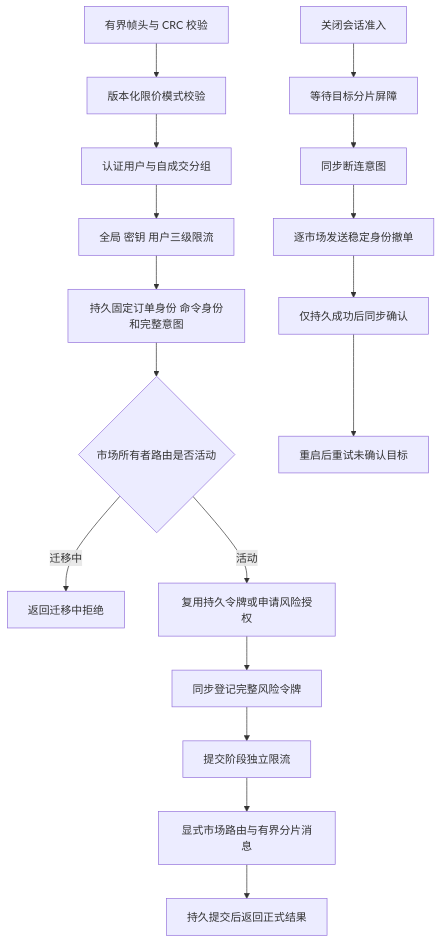
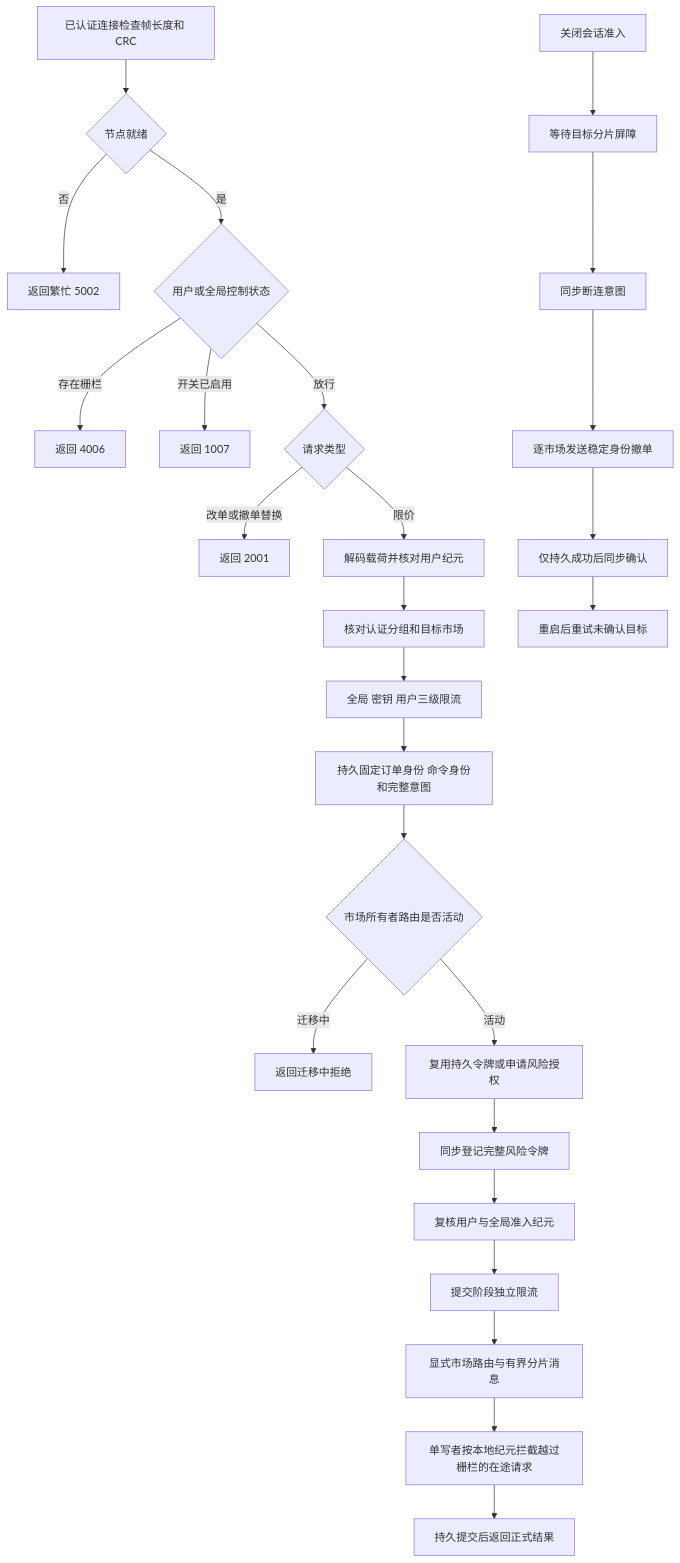
The diagram in docs/gateway.md (YANSHAO0032/tide-matching-engine), drawn with Mermaid before and after one commit. The commit also changed other lines of this file and 65 other files, not shown here.

````diff
--- a/docs/gateway.md
+++ b/docs/gateway.md
@@ -5,19 +5,28 @@
 ```mermaid
 flowchart TD
-    A[有界帧头与 CRC 校验] --> B[版本化限价模式校验]
-    B --> C[认证用户与自成交分组]
+    A[已认证连接检查帧长度和 CRC] --> A1{节点就绪}
+    A1 -->|否| A2[返回繁忙 5002]
+    A1 -->|是| P{用户或全局控制状态}
+    P -->|存在栅栏| Z[返回 4006]
+    P -->|开关已启用| Z1[返回 1007]
+    P -->|放行| T{请求类型}
+    T -->|改单或撤单替换| Z2[返回 2001]
+    T -->|限价| B[解码载荷并核对用户纪元]
+    B --> C[核对认证分组和目标市场]
     C --> F[全局 密钥 用户三级限流]
     F --> D[持久固定订单身份 命令身份和完整意图]
     D --> R{市场所有者路由是否活动}
     R -->|迁移中| X[返回迁移中拒绝]
     R -->|活动| E[复用持久令牌或申请风险授权]
     E --> E1[同步登记完整风险令牌]
-    E1 --> F2[提交阶段独立限流]
+    E1 --> P2[复核用户与全局准入纪元]
+    P2 --> F2[提交阶段独立限流]
     F2 --> G[显式市场路由与有界分片消息]
-    G --> H[持久提交后返回正式结果]
+    G --> Q[单写者按本地纪元拦截越过栅栏的在途请求]
+    Q --> H[持久提交后返回正式结果]
     I[关闭会话准入] --> J[等待目标分片屏障]
     J --> K[同步断连意图]
     K --> L[逐市场发送稳定身份撤单]
     L --> M[仅持久成功后同步确认]
     M --> N[重启后重试未确认目标]
 ```
````
